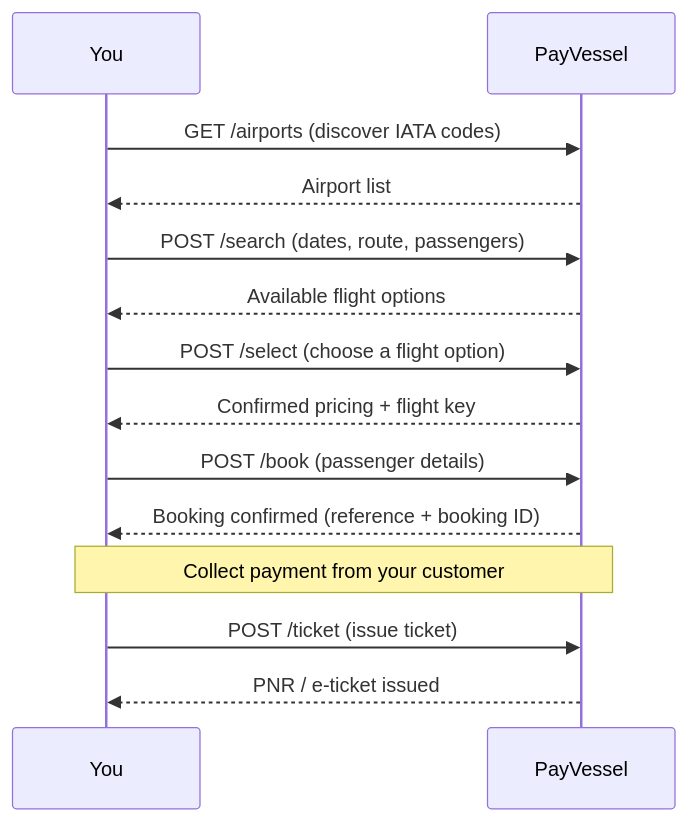
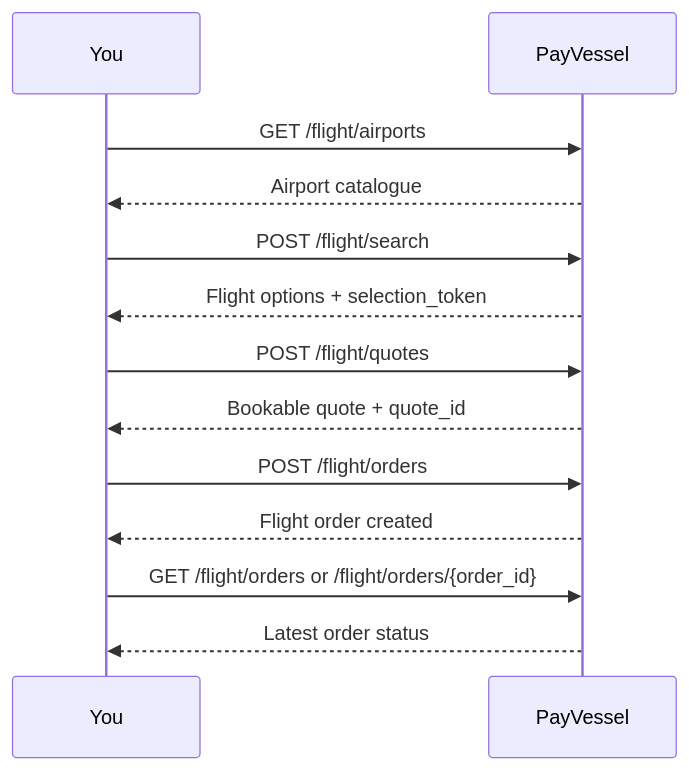
Before and after one commit to Nex-Panther-Technologies-Ltd/payvessel-docs: the diagram in flight/overview.mdx, drawn with Mermaid. The commit also changed other lines of this file and 20 other files, not shown here.

````diff
--- a/flight/overview.mdx
+++ b/flight/overview.mdx
@@ -23,22 +27,20 @@
 ```mermaid
 sequenceDiagram
     participant You
     participant PayVessel
 
-    You->>PayVessel: GET /airports (discover IATA codes)
-    PayVessel-->>You: Airport list
+    You->>PayVessel: GET /flight/airports
+    PayVessel-->>You: Airport catalogue
 
-    You->>PayVessel: POST /search (dates, route, passengers)
-    PayVessel-->>You: Available flight options
+    You->>PayVessel: POST /flight/search
+    PayVessel-->>You: Flight options + selection_token
 
-    You->>PayVessel: POST /select (choose a flight option)
-    PayVessel-->>You: Confirmed pricing + flight key
+    You->>PayVessel: POST /flight/quotes
+    PayVessel-->>You: Bookable quote + quote_id
 
-    You->>PayVessel: POST /book (passenger details)
-    PayVessel-->>You: Booking confirmed (reference + booking ID)
+    You->>PayVessel: POST /flight/orders
+    PayVessel-->>You: Flight order created
 
-    Note over You,PayVessel: Collect payment from your customer
-
-    You->>PayVessel: POST /ticket (issue ticket)
-    PayVessel-->>You: PNR / e-ticket issued
+    You->>PayVessel: GET /flight/orders or /flight/orders/{order_id}
+    PayVessel-->>You: Latest order status
 ```
````
